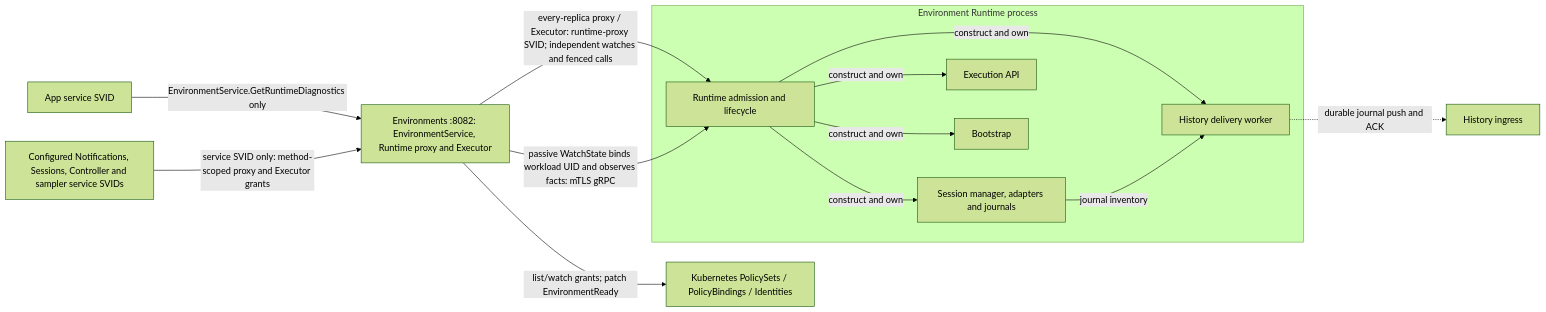
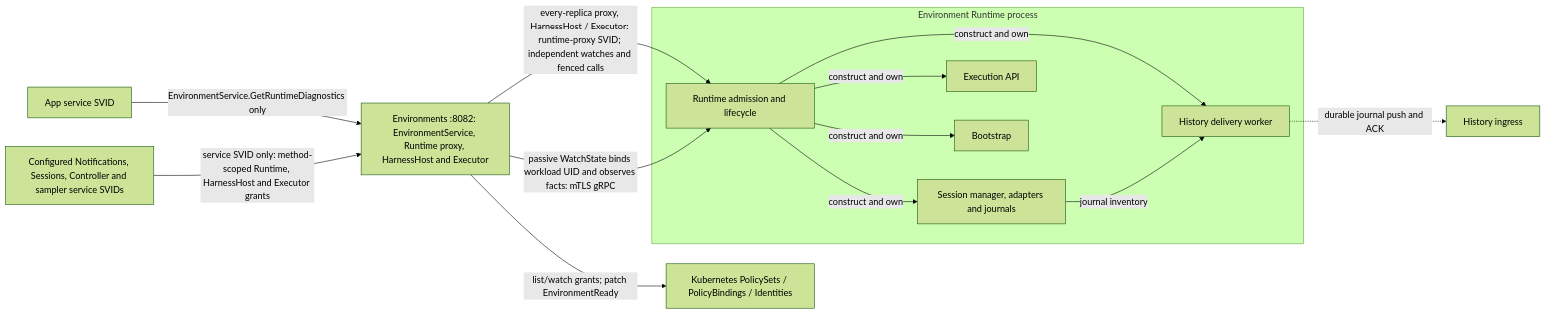
Before and after one commit to agentydragon/ducktape: the seventh of 18 diagrams in agentplane/docs/system_overview.md, drawn with Mermaid (forest theme). The commit also changed other lines of this file and 12 other files, not shown here.

Commit message:
feat(agentplane): proxy HarnessHost per Sandbox

````diff
--- a/agentplane/docs/system_overview.md
+++ b/agentplane/docs/system_overview.md
@@ -507,21 +510,21 @@
 ```mermaid
 flowchart LR
     app[App service SVID] -->|EnvironmentService.GetRuntimeDiagnostics only| sandboxctl
     services[Configured Notifications, Sessions, Controller and sampler service SVIDs]
-    services -->|service SVID only: method-scoped proxy and Executor grants| sandboxctl
+    services -->|service SVID only: method-scoped Runtime, HarnessHost and Executor grants| sandboxctl
     subgraph environment_runtime[Environment Runtime process]
       runtime[Runtime admission and lifecycle]
       sessions[Session manager, adapters and journals]
       execution[Execution API]
       bootstrap[Bootstrap]
       delivery[History delivery worker]
       runtime -->|construct and own| sessions & execution & bootstrap & delivery
       sessions -->|journal inventory| delivery
     end
     history[History ingress]
-    sandboxctl -->|every-replica proxy / Executor: runtime-proxy SVID; independent watches and fenced calls| runtime
+    sandboxctl -->|every-replica proxy, HarnessHost / Executor: runtime-proxy SVID; independent watches and fenced calls| runtime
     policy_api[Kubernetes PolicySets / PolicyBindings / Identities]
     sandboxctl -->|list/watch grants; patch EnvironmentReady| policy_api
-    sandboxctl[Environments :8082: EnvironmentService, Runtime proxy and Executor] -->|passive WatchState binds workload UID and observes facts: mTLS gRPC| runtime
+    sandboxctl[Environments :8082: EnvironmentService, Runtime proxy, HarnessHost and Executor] -->|passive WatchState binds workload UID and observes facts: mTLS gRPC| runtime
     delivery -.->|durable journal push and ACK| history
 ```
````
